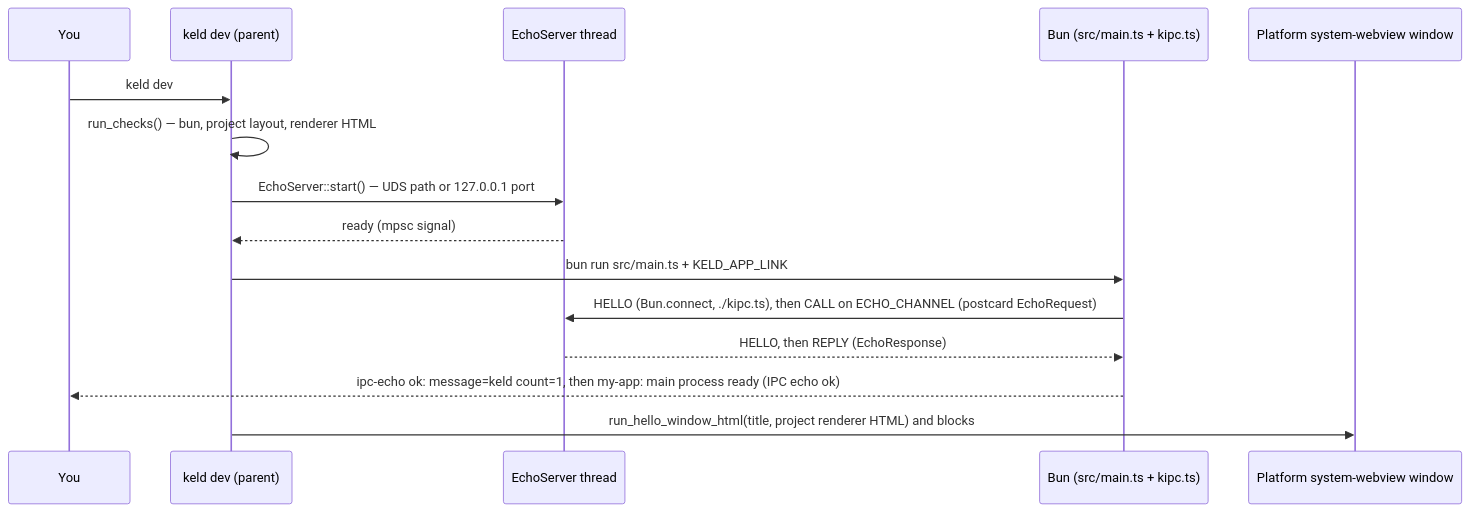
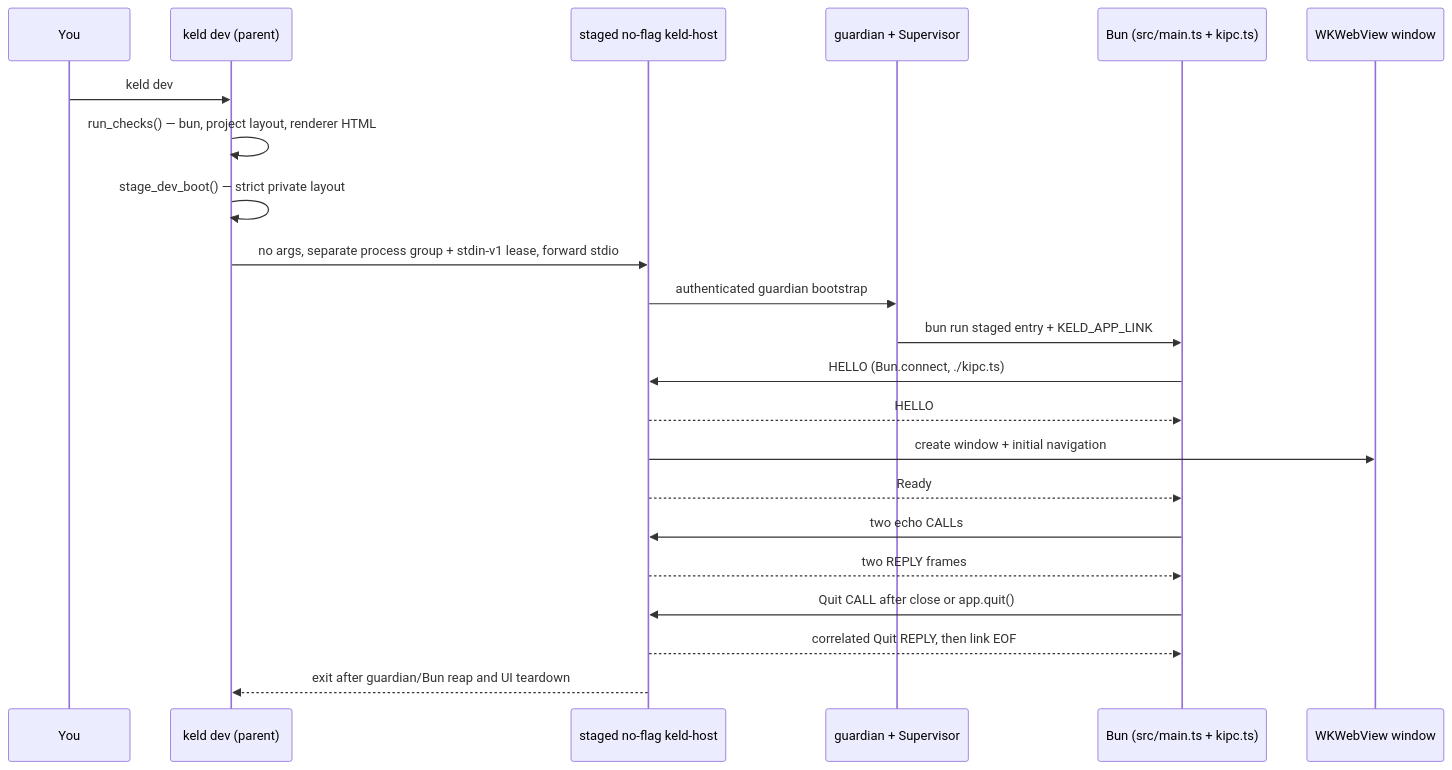
One commit to gyldlab/keld changed the diagram in docs/onboarding/03-api-and-cli-surface.md. Above: the diagram before and after it, drawn with Mermaid. The commit also changed other lines of this file and 15 other files, not shown here.

First line of the commit message:
feat(cli): delegate macOS dev to staged host (#111)

````diff
--- a/docs/onboarding/03-api-and-cli-surface.md
+++ b/docs/onboarding/03-api-and-cli-surface.md
@@ -712,20 +719,27 @@
 ```mermaid
 sequenceDiagram
-    accTitle: Current generated app echo and window lifecycle
-    accDescr: A developer runs keld dev. The CLI starts an echo server, Bun performs the authenticated HELLO and ECHO exchange, and the CLI then opens the renderer window. The integration test excludes the window.
+    accTitle: Current generated app lifecycle on macOS
+    accDescr: A developer runs keld dev. The CLI validates and stages the project, then launches a no-flag host. The host owns the guardian-supervised Bun child, authenticated echo and lifecycle session, and renderer window until Quit or CLI lease loss.
     participant Dev as You
     participant CLI as keld dev (parent)
-    participant Echo as EchoServer thread
+    participant Host as staged no-flag keld-host
+    participant Guard as guardian + Supervisor
     participant Bun as Bun (src/main.ts + kipc.ts)
-    participant Win as Platform system-webview window
+    participant Win as WKWebView window
 
     Dev->>CLI: keld dev
     CLI->>CLI: run_checks() — bun, project layout, renderer HTML
-    CLI->>Echo: EchoServer::start() — UDS path or 127.0.0.1 port
-    Echo-->>CLI: ready (mpsc signal)
-    CLI->>Bun: bun run src/main.ts + KELD_APP_LINK
-    Bun->>Echo: HELLO (Bun.connect, ./kipc.ts), then CALL on ECHO_CHANNEL (postcard EchoRequest)
-    Echo-->>Bun: HELLO, then REPLY (EchoResponse)
-    Bun-->>Dev: ipc-echo ok: message=keld count=1, then my-app: main process ready (IPC echo ok)
-    CLI->>Win: run_hello_window_html(title, project renderer HTML) and blocks
+    CLI->>CLI: stage_dev_boot() — strict private layout
+    CLI->>Host: no args, separate process group + stdin-v1 lease, forward stdio
+    Host->>Guard: authenticated guardian bootstrap
+    Guard->>Bun: bun run staged entry + KELD_APP_LINK
+    Bun->>Host: HELLO (Bun.connect, ./kipc.ts)
+    Host-->>Bun: HELLO
+    Host->>Win: create window + initial navigation
+    Host-->>Bun: Ready
+    Bun->>Host: two echo CALLs
+    Host-->>Bun: two REPLY frames
+    Bun->>Host: Quit CALL after close or app.quit()
+    Host-->>Bun: correlated Quit REPLY, then link EOF
+    Host-->>CLI: exit after guardian/Bun reap and UI teardown
 ```
````
